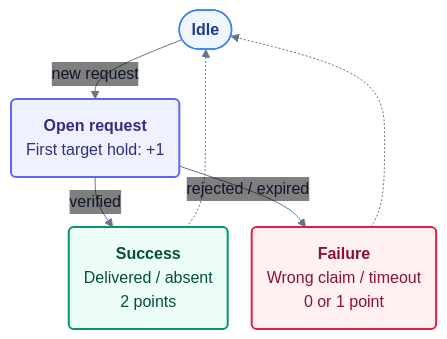
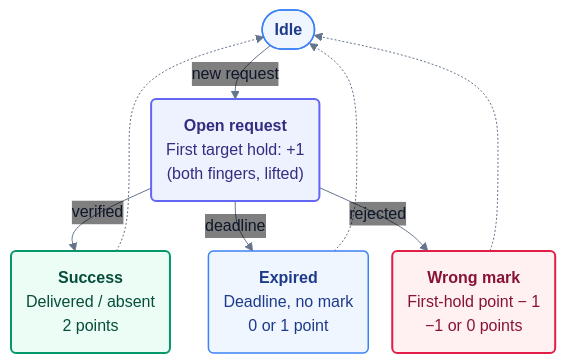
The diagram in tasks/arm/object_finding_and_organizing_on_messy_desk/verify/figures/request-automaton.mmd (Grounded-Intelligence-Initiative/agentic-robotics-benchmark), drawn with Mermaid before and after one commit. The commit also changed 18 other files, not shown here.

```diff
--- a/tasks/arm/object_finding_and_organizing_on_messy_desk/verify/figures/request-automaton.mmd
+++ b/tasks/arm/object_finding_and_organizing_on_messy_desk/verify/figures/request-automaton.mmd
@@ -1,20 +1,24 @@
 %%{init: {"theme": "base", "themeVariables": {"fontFamily": "Arial, Helvetica, sans-serif", "fontSize": "16px", "lineColor": "#64748b", "primaryTextColor": "#0f172a", "edgeLabelBackground": "transparent", "clusterBkg": "#f8fafc", "clusterBorder": "#cbd5e1"}, "flowchart": {"curve": "basis", "nodeSpacing": 24, "rankSpacing": 26, "htmlLabels": true}, "themeCSS": ".edgeLabel, .edgeLabel p, .edgeLabel span { background: transparent !important; background-color: transparent !important; } .edgeLabels span { font-size: 13px !important; color: #475569 !important; } .edgeLabels > g:nth-child(1) > g { translate: -14px -20px; } .edgeLabels > g:nth-child(2) > g { translate: -32px 0px; } .edgeLabels > g:nth-child(3) > g { translate: 12px -20px; } "}}%%
 flowchart TB
     I(["<b>Idle</b>"])
-    O("<b>Open request</b><br/>First target hold: +1")
+    O("<b>Open request</b><br/>First target hold: +1<br/>(both fingers, lifted)")
     S("<b>Success</b><br/>Delivered / absent<br/>2 points")
-    F("<b>Failure</b><br/>Wrong claim / timeout<br/>0 or 1 point")
+    E("<b>Expired</b><br/>Deadline, no mark<br/>0 or 1 point")
+    W("<b>Wrong mark</b><br/>First-hold point − 1<br/>−1 or 0 points")
     I -->|new request| O
     O -->|verified| S
-    O -->|rejected / expired| F
+    O -->|deadline| E
+    O -->|rejected| W
     S -.-> I
-    F -.-> I
+    E -.-> I
+    W -.-> I
 
     classDef neutral fill:#eff6ff,stroke:#3b82f6,color:#1e3a8a,stroke-width:1.5px;
     classDef active fill:#eef2ff,stroke:#6366f1,color:#312e81,stroke-width:2px;
     classDef success fill:#ecfdf5,stroke:#059669,color:#064e3b,stroke-width:2px;
     classDef failure fill:#fff1f2,stroke:#e11d48,color:#881337,stroke-width:2px;
     class I neutral;
     class O active;
     class S success;
-    class F failure;
+    class E neutral;
+    class W failure;
```
